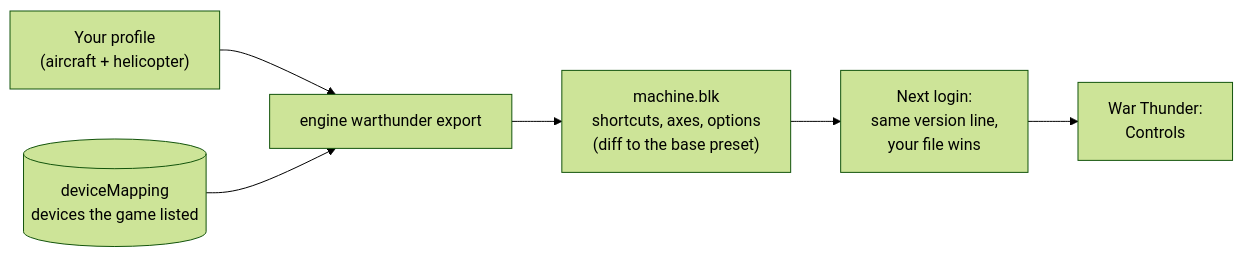
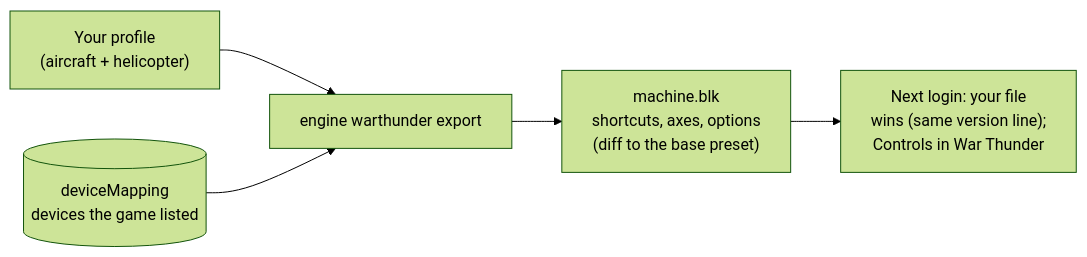
One commit to Holdi601/JoystickProfiler2 changed the diagram in website/content/games/war-thunder.md. Above: the diagram before and after it, drawn with Mermaid (forest theme). The commit also changed other lines of this file and 718 other files, not shown here.

Commit message:
JoyPro2 2.7.0

````diff
--- a/website/content/games/war-thunder.md
+++ b/website/content/games/war-thunder.md
@@ -20,8 +172,8 @@
 ```mermaid
+%% caption: JoyPro writes only what differs from your preset. At the next login your file wins over the server copy.
 flowchart LR
   P["Your profile<br/>(aircraft + helicopter)"] --> E["engine warthunder export"]
   M[("deviceMapping<br/>devices the game listed")] --> E
   E --> B["machine.blk<br/>shortcuts, axes, options<br/>(diff to the base preset)"]
-  B --> L["Next login:<br/>same version line,<br/>your file wins"]
-  L --> G["War Thunder:<br/>Controls"]
+  B --> L["Next login: your file<br/>wins (same version line);<br/>Controls in War Thunder"]
 ```
````
